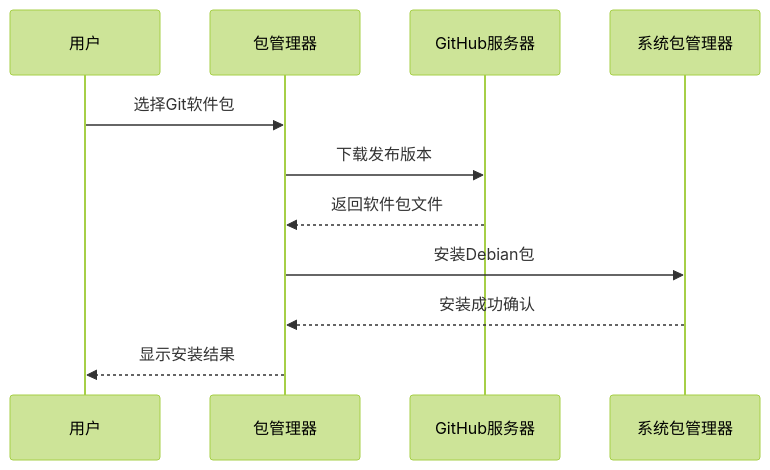
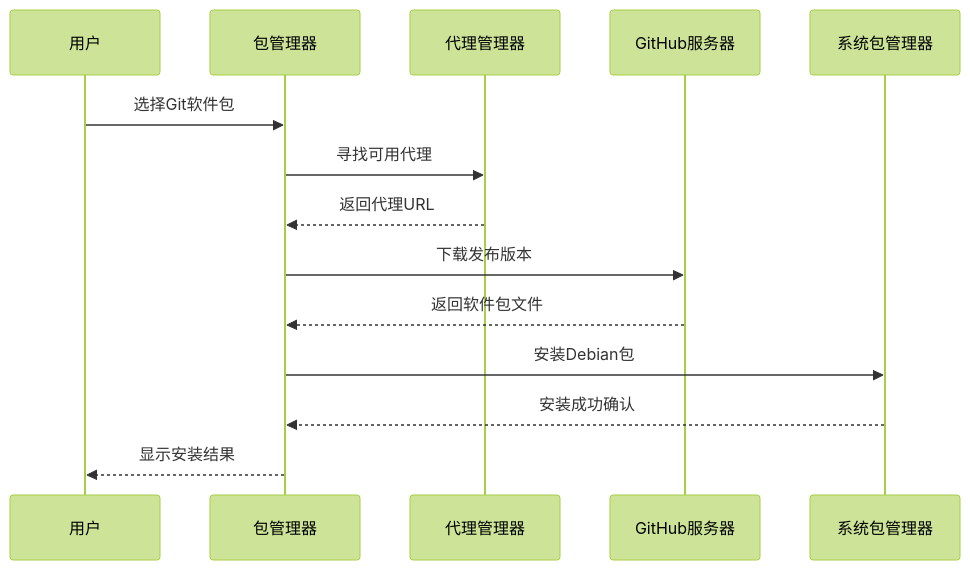
The fourth of 13 diagrams in .qoder/repowiki/zh/content/核心功能/核心功能.md (firestrongarch/install), drawn with Mermaid (forest theme) before and after one commit. The commit also changed other lines of this file and 5 other files, not shown here.

````diff
--- a/.qoder/repowiki/zh/content/核心功能/核心功能.md
+++ b/.qoder/repowiki/zh/content/核心功能/核心功能.md
@@ -216,13 +264,16 @@
 ```mermaid
 sequenceDiagram
 participant User as 用户
 participant Manager as 包管理器
+participant Proxy as 代理管理器
 participant GitHub as GitHub服务器
 participant System as 系统包管理器
 User->>Manager : 选择Git软件包
+Manager->>Proxy : 寻找可用代理
+Proxy-->>Manager : 返回代理URL
 Manager->>GitHub : 下载发布版本
 GitHub-->>Manager : 返回软件包文件
 Manager->>System : 安装Debian包
 System-->>Manager : 安装成功确认
 Manager-->>User : 显示安装结果
 ```
````
